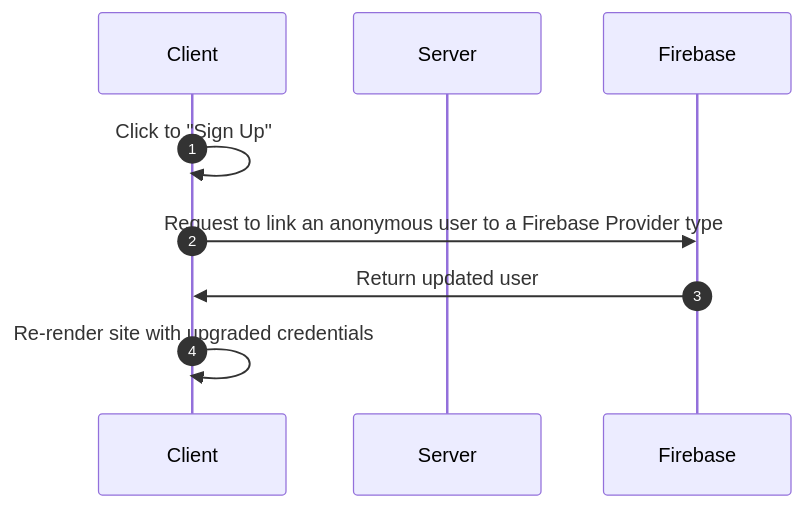
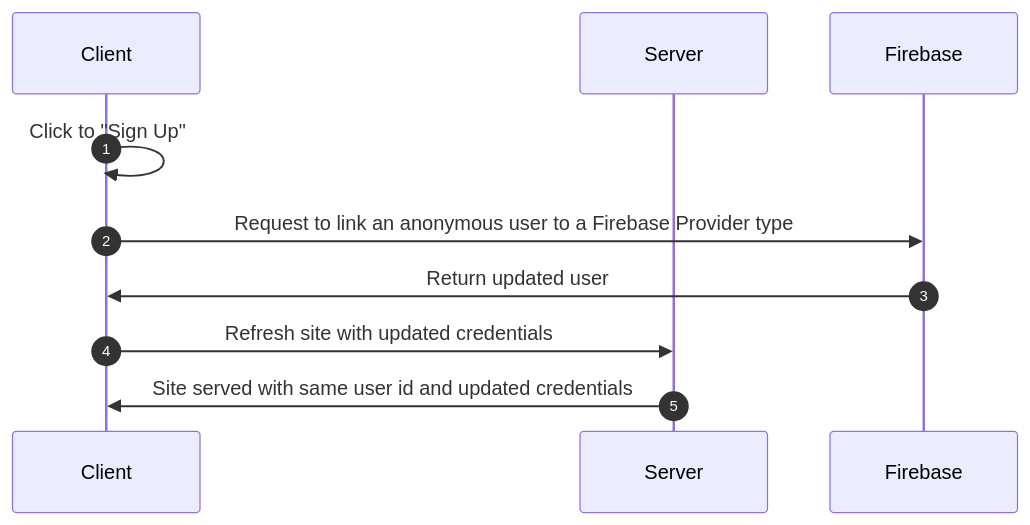
Before and after one commit to matthova/nextjs-firebase-server-cookies: the second of 5 diagrams in README.md, drawn with Mermaid. The commit also changed other lines of this file and 10 other files, not shown here.

````diff
--- a/README.md
+++ b/README.md
@@ -104,11 +105,12 @@
 ```mermaid
 sequenceDiagram
     autonumber
     participant A as Client
     participant B as Server
     participant C as Firebase
     A->>A: Click to "Sign Up"
     A->>C: Request to link an anonymous user to a Firebase Provider type
     C->>A: Return updated user
-    A->>A: Re-render site with upgraded credentials
+    A->>B: Refresh site with updated credentials
+    B->>A: Site served with same user id and updated credentials
 ```
````
